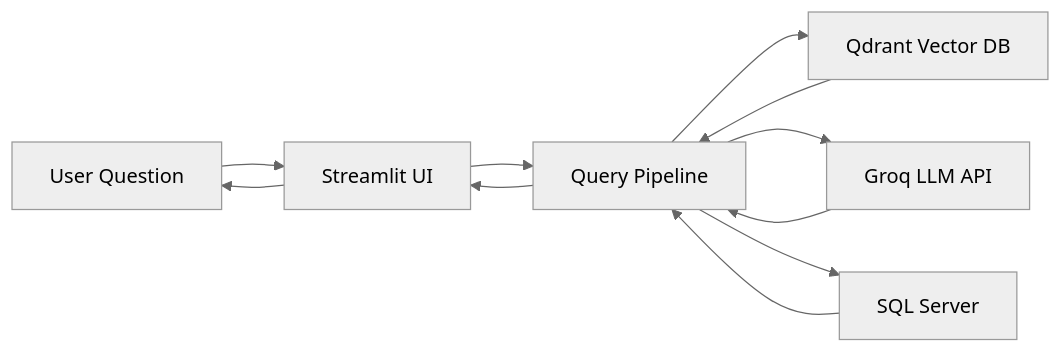
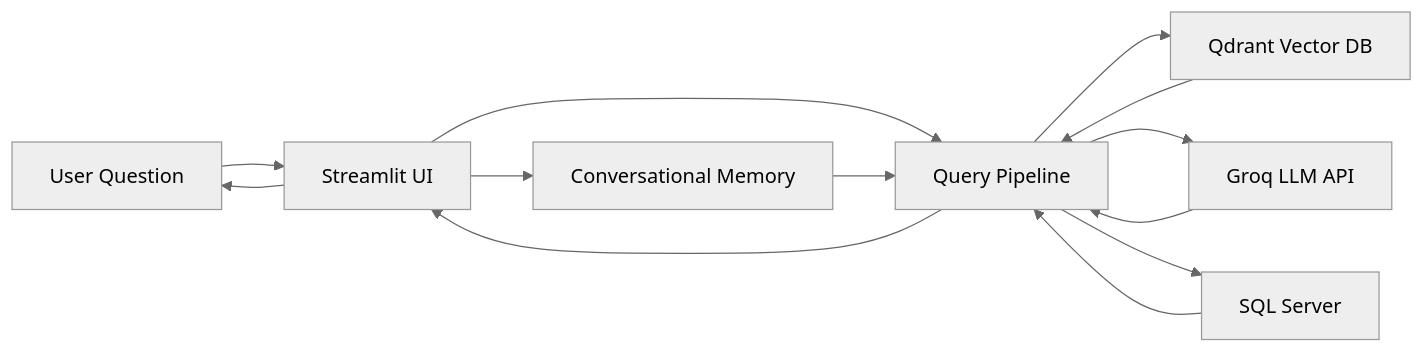
One commit to nakul-cloud/ai-sql-assistant changed the first of 5 diagrams in README.md. Above: the diagram before and after it, drawn with Mermaid (neutral theme). The commit also changed other lines of this file and 4 other files, not shown here.

````diff
--- a/README.md
+++ b/README.md
@@ -54,13 +55,15 @@
 ```mermaid
 graph LR
     USER["User Question"] --> STREAMLIT["Streamlit UI"]
     STREAMLIT --> PIPELINE["Query Pipeline"]
     PIPELINE --> QDRANT["Qdrant Vector DB"]
     PIPELINE --> GROQ["Groq LLM API"]
     PIPELINE --> SQLDB["SQL Server"]
     SQLDB --> PIPELINE
     GROQ --> PIPELINE
     QDRANT --> PIPELINE
     PIPELINE --> STREAMLIT
     STREAMLIT --> USER
+    STREAMLIT --> MEMORY["Conversational Memory"]
+    MEMORY --> PIPELINE
 ```
````
